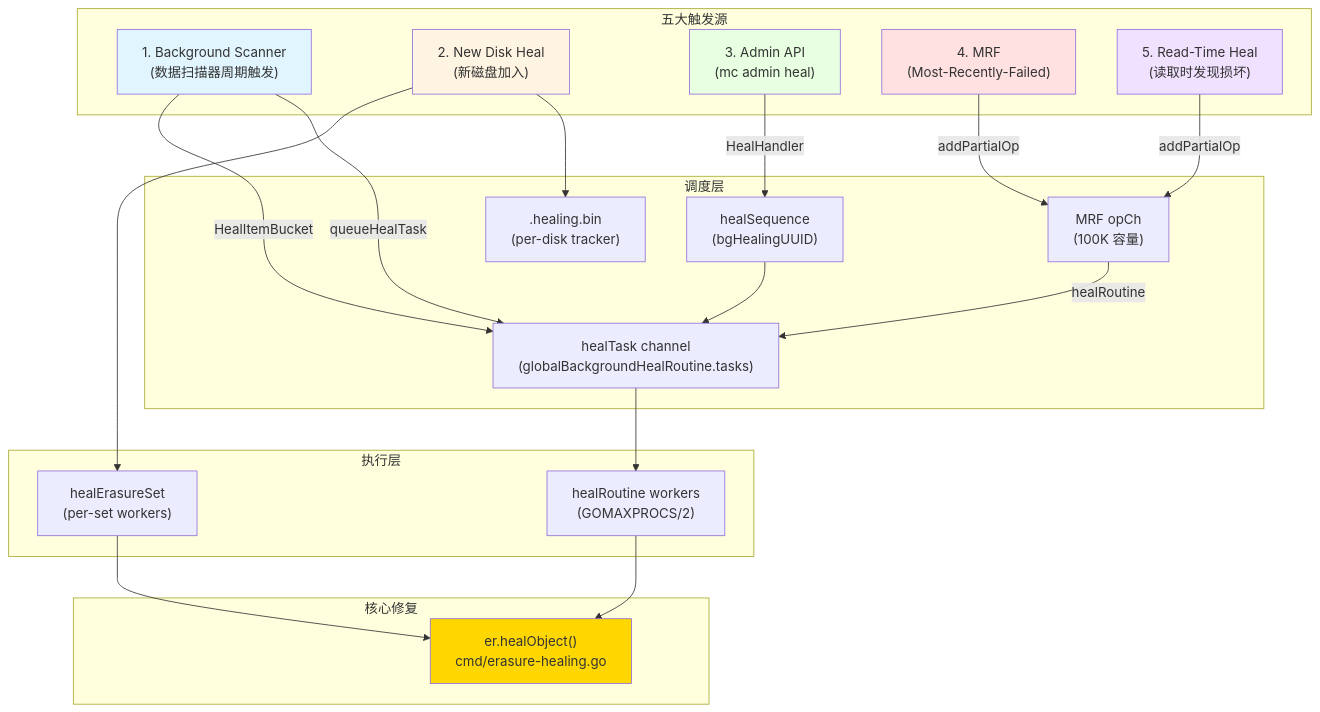
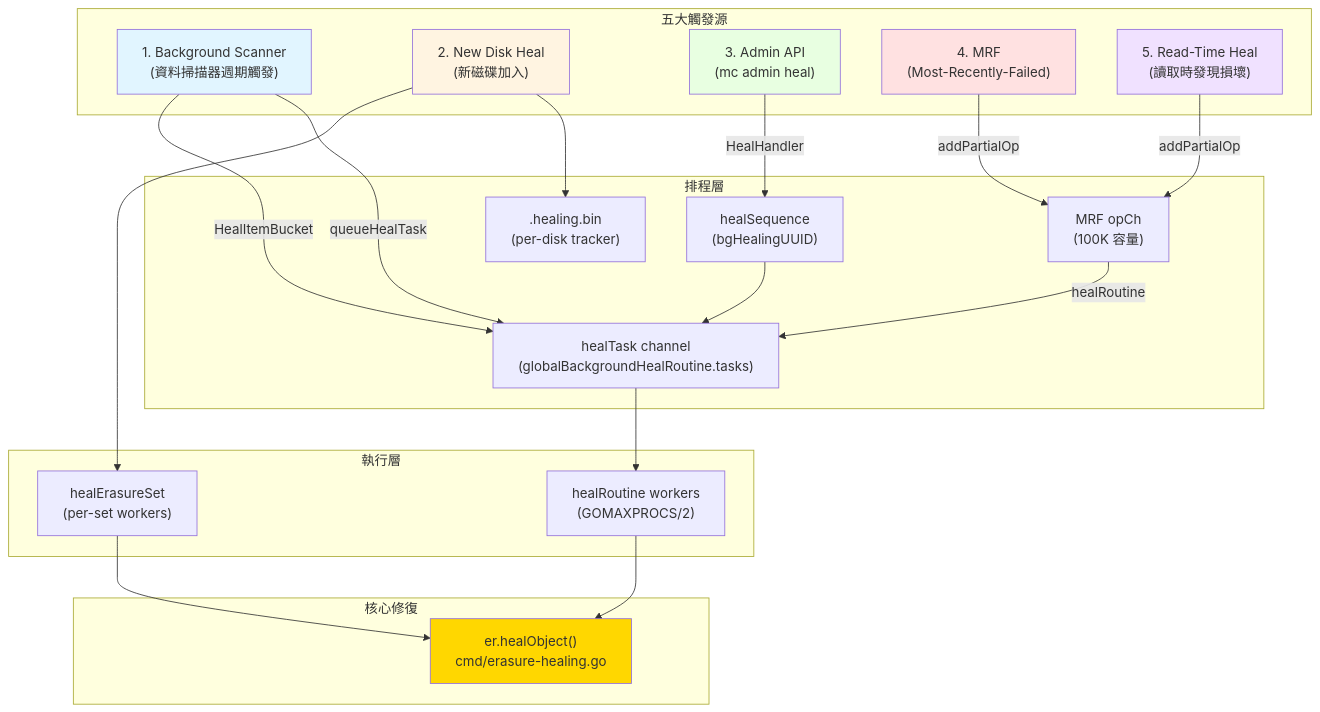
One commit to cysu01/minio changed the first of 6 diagrams in repo-analysis/drafts/06-module-healing.md. Above: the diagram before and after it, drawn with Mermaid. The commit also changed other lines of this file and 14 other files, not shown here.

````diff
--- a/repo-analysis/drafts/06-module-healing.md
+++ b/repo-analysis/drafts/06-module-healing.md
@@ -54,47 +54,47 @@
 ```mermaid
 flowchart TB
-    subgraph TriggerSources["五大触发源"]
-        T1["1. Background Scanner<br/>(数据扫描器周期触发)"]
-        T2["2. New Disk Heal<br/>(新磁盘加入)"]
+    subgraph TriggerSources["五大觸發源"]
+        T1["1. Background Scanner<br/>(資料掃描器週期觸發)"]
+        T2["2. New Disk Heal<br/>(新磁碟加入)"]
         T3["3. Admin API<br/>(mc admin heal)"]
         T4["4. MRF<br/>(Most-Recently-Failed)"]
-        T5["5. Read-Time Heal<br/>(读取时发现损坏)"]
+        T5["5. Read-Time Heal<br/>(讀取時發現損壞)"]
     end
 
-    subgraph DispatchLayer["调度层"]
+    subgraph DispatchLayer["排程層"]
         Q["healTask channel<br/>(globalBackgroundHealRoutine.tasks)"]
         BG["healSequence<br/>(bgHealingUUID)"]
         MRFQ["MRF opCh<br/>(100K 容量)"]
         Tracker[".healing.bin<br/>(per-disk tracker)"]
     end
 
-    subgraph WorkerLayer["执行层"]
+    subgraph WorkerLayer["執行層"]
         W1["healRoutine workers<br/>(GOMAXPROCS/2)"]
         W2["healErasureSet<br/>(per-set workers)"]
     end
 
-    subgraph CoreLayer["核心修复"]
+    subgraph CoreLayer["核心修復"]
         H["er.healObject()<br/>cmd/erasure-healing.go"]
     end
 
     T1 -->|queueHealTask| Q
     T1 -->|HealItemBucket| Q
     T2 --> Tracker
     T2 --> W2
     T3 -->|HealHandler| BG
     BG --> Q
     T4 -->|addPartialOp| MRFQ
     MRFQ -->|healRoutine| Q
     T5 -->|addPartialOp| MRFQ
 
     Q --> W1
     W1 --> H
     W2 --> H
 
     style T1 fill:#e1f5ff
     style T2 fill:#fff4e1
     style T3 fill:#e8ffe1
     style T4 fill:#ffe1e1
     style T5 fill:#f0e1ff
     style H fill:#ffd700
 ```
````
